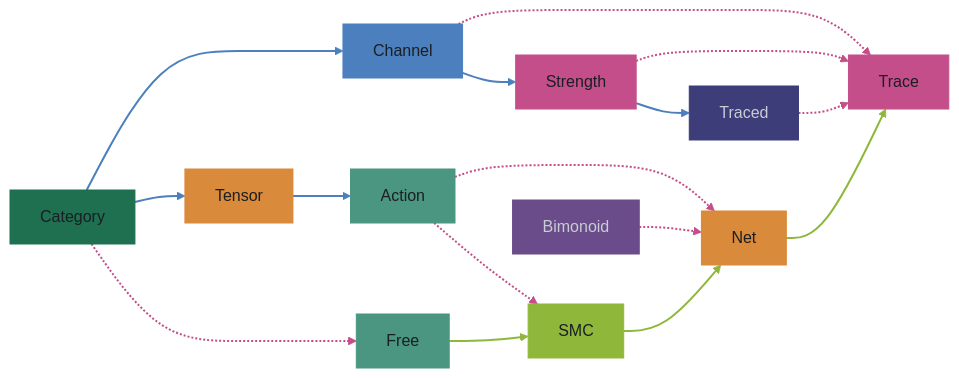
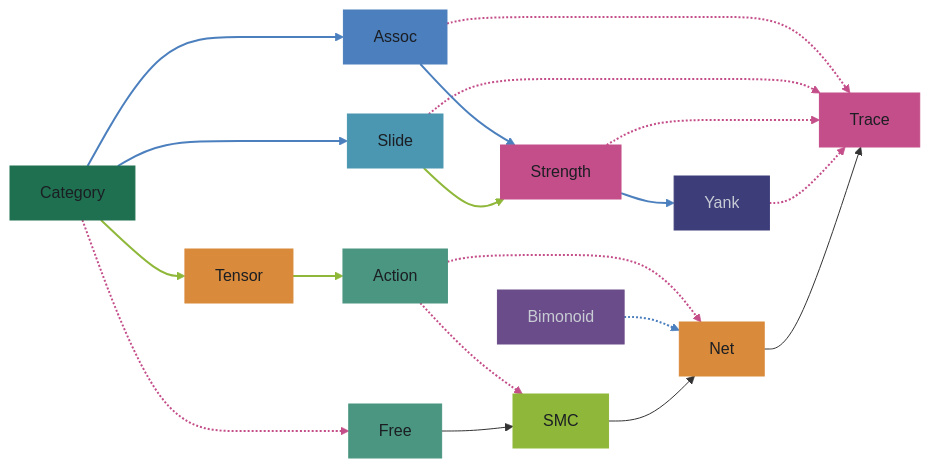
Before and after one commit to tonyday567/circuits: the first of 2 diagrams in readme.md, drawn with Mermaid. The commit also changed other lines of this file and 29 other files, not shown here.

First line of the commit message:
Rename System/SystemT to Moore; split Channel into Assoc/Slide and Traced into Yank; rename PChan to Channel

````diff
--- a/readme.md
+++ b/readme.md
@@ -11,44 +11,48 @@
 ```mermaid
 graph LR
   Category["Category"]
-  Channel["Channel"]
+  Assoc["Assoc"]
+  Slide["Slide"]
   Strength["Strength"]
-  Traced["Traced"]
+  Yank["Yank"]
   Tensor["Tensor"]
   Action["Action"]
   Bimonoid["Bimonoid"]
 
   Free["Free"]
   SMC["SMC"]
   Net["Net"]
   Trace["Trace"]
 
   Category -.-> Free
-  Channel -.-> Trace
+  Assoc -.-> Trace
+  Slide -.-> Trace
   Strength -.-> Trace
-  Traced -.-> Trace
+  Yank -.-> Trace
   Action -.-> SMC
   Action -.-> Net
   Bimonoid -.-> Net
 
-  Category --> Channel --> Strength --> Traced
+  Category --> Assoc --> Strength --> Yank
+  Category --> Slide --> Strength
   Category --> Tensor --> Action
   Free --> SMC --> Net
   Net --> Trace
 
   linkStyle 0,1,2,3,4,5,6 stroke:#C44E8A,stroke-width:2px
   linkStyle 7,8,9,10,11 stroke:#4B7FBD,stroke-width:2px
   linkStyle 12,13,14 stroke:#8FB83A,stroke-width:2px
 
   style Category fill:#1F7050,stroke:#1F7050,color:#1b1e23
-  style Channel fill:#4B7FBD,stroke:#4B7FBD,color:#1b1e23
+  style Assoc fill:#4B7FBD,stroke:#4B7FBD,color:#1b1e23
+  style Slide fill:#4B96B0,stroke:#4B96B0,color:#1b1e23
   style Strength fill:#C44E8A,stroke:#C44E8A,color:#1b1e23
-  style Traced fill:#3D3D7A,stroke:#3D3D7A,color:#c8ccd4
+  style Yank fill:#3D3D7A,stroke:#3D3D7A,color:#c8ccd4
   style Tensor fill:#D98A3A,stroke:#D98A3A,color:#1b1e23
   style Action fill:#4B9680,stroke:#4B9680,color:#1b1e23
   style Bimonoid fill:#6B4C8A,stroke:#6B4C8A,color:#c8ccd4
   style Free fill:#4B9680,stroke:#4B9680,color:#1b1e23
   style SMC fill:#8FB83A,stroke:#8FB83A,color:#1b1e23
   style Net fill:#D98A3A,stroke:#D98A3A,color:#1b1e23
   style Trace fill:#C44E8A,stroke:#C44E8A,color:#1b1e23
 ```
````
